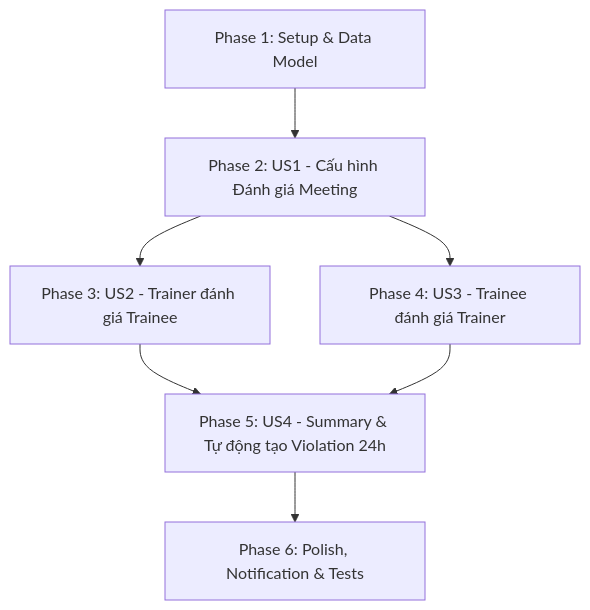
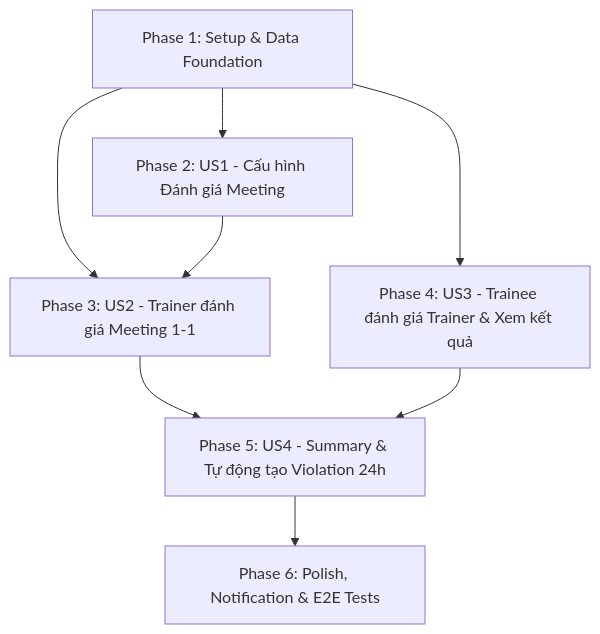
Before and after one commit to DUT-AI/dut-ai-manager: the diagram in specs/004-meeting-evaluation/tasks.md, drawn with Mermaid. The commit also changed other lines of this file and 31 other files, not shown here.

````diff
--- a/specs/004-meeting-evaluation/tasks.md
+++ b/specs/004-meeting-evaluation/tasks.md
@@ -99,9 +99,10 @@
 ```mermaid
 graph TD
-    Phase1[Phase 1: Setup & Data Model] --> Phase2[Phase 2: US1 - Cấu hình Đánh giá Meeting]
-    Phase2 --> Phase3[Phase 3: US2 - Trainer đánh giá Trainee]
-    Phase2 --> Phase4[Phase 4: US3 - Trainee đánh giá Trainer]
+    Phase1[Phase 1: Setup & Data Foundation] --> Phase2[Phase 2: US1 - Cấu hình Đánh giá Meeting]
+    Phase1 --> Phase3[Phase 3: US2 - Trainer đánh giá Meeting 1-1]
+    Phase1 --> Phase4[Phase 4: US3 - Trainee đánh giá Trainer & Xem kết quả]
+    Phase2 --> Phase3
     Phase3 --> Phase5[Phase 5: US4 - Summary & Tự động tạo Violation 24h]
     Phase4 --> Phase5
-    Phase5 --> Phase6[Phase 6: Polish, Notification & Tests]
+    Phase5 --> Phase6[Phase 6: Polish, Notification & E2E Tests]
 ```
````
